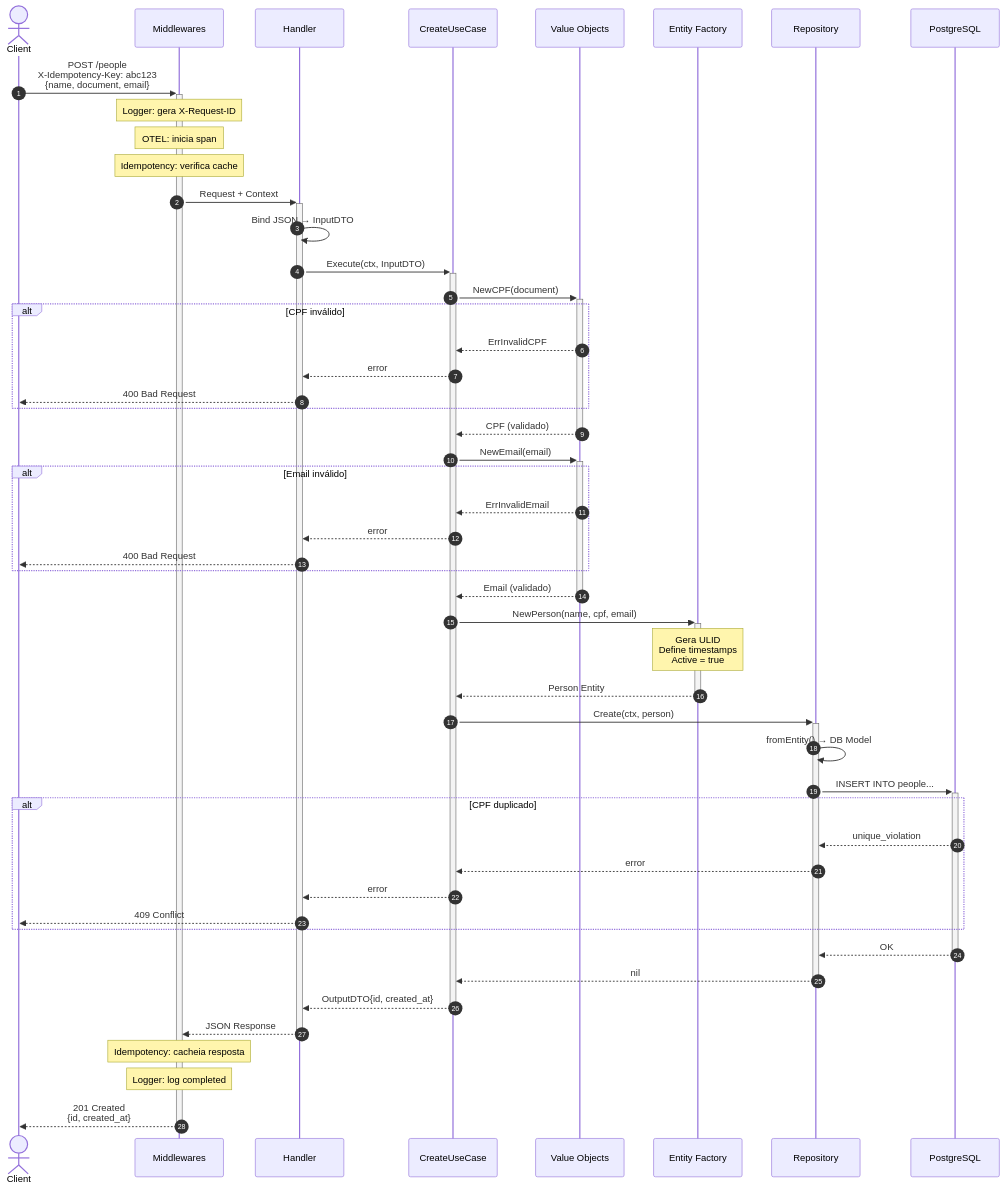
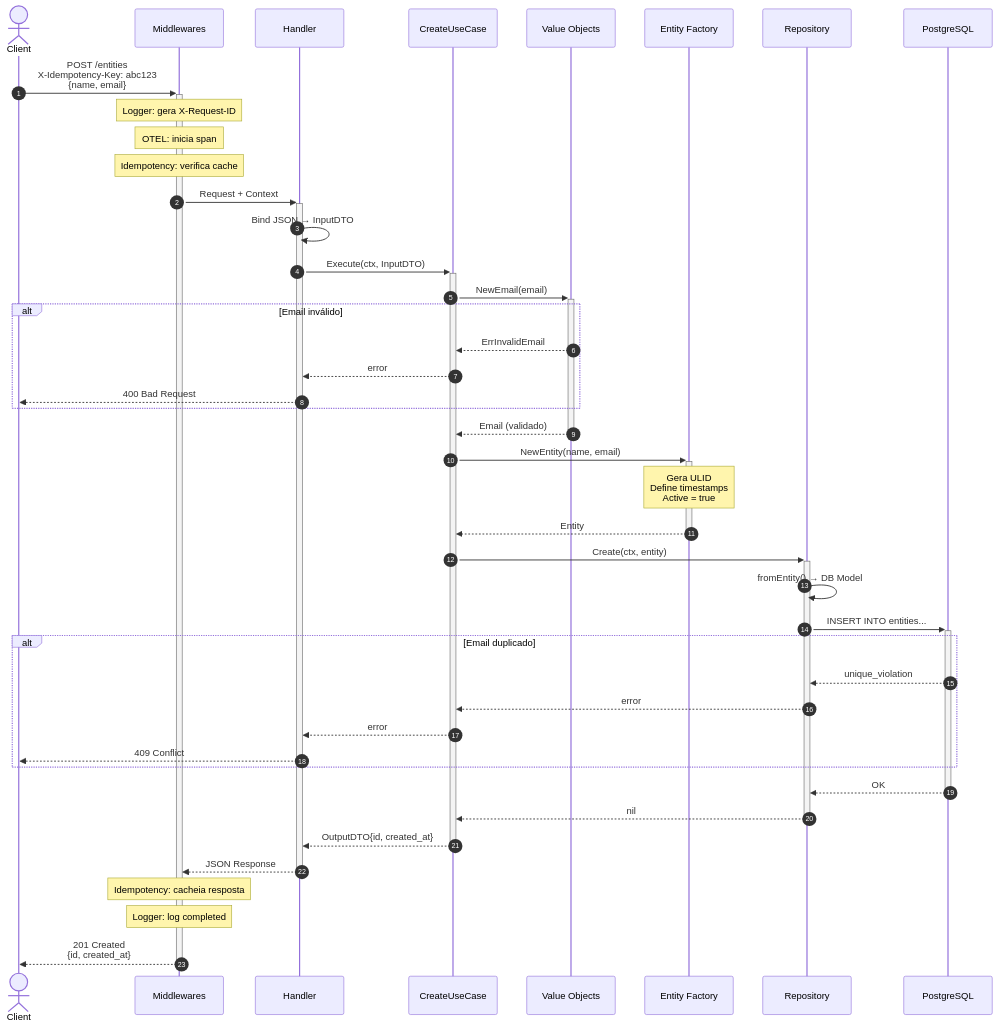
The third of 8 diagrams in docs/app/architecture.md (jrmarcello/gopherplate), drawn with Mermaid before and after one commit. The commit also changed other lines of this file, not shown here.

Commit message:
docs: update architecture diagram and description for entity domain

````diff
--- a/docs/app/architecture.md
+++ b/docs/app/architecture.md
@@ -134,63 +138,55 @@
 ```mermaid
 sequenceDiagram
     autonumber
     actor Client
     participant MW as Middlewares
     participant H as Handler
     participant UC as CreateUseCase
     participant VO as Value Objects
     participant E as Entity Factory
     participant R as Repository
     participant DB as PostgreSQL
 
-    Client->>+MW: POST /people<br/>X-Idempotency-Key: abc123<br/>{name, document, email}
+    Client->>+MW: POST /entities<br/>X-Idempotency-Key: abc123<br/>{name, email}
     
     Note over MW: Logger: gera X-Request-ID
     Note over MW: OTEL: inicia span
     Note over MW: Idempotency: verifica cache
     
     MW->>+H: Request + Context
 
     H->>H: Bind JSON → InputDTO
     H->>+UC: Execute(ctx, InputDTO)
 
-    UC->>+VO: NewCPF(document)
-    alt CPF inválido
-        VO-->>UC: ErrInvalidCPF
-        UC-->>H: error
-        H-->>Client: 400 Bad Request
-    end
-    VO-->>-UC: CPF (validado)
-
     UC->>+VO: NewEmail(email)
     alt Email inválido
         VO-->>UC: ErrInvalidEmail
         UC-->>H: error
         H-->>Client: 400 Bad Request
     end
     VO-->>-UC: Email (validado)
 
-    UC->>+E: NewPerson(name, cpf, email)
+    UC->>+E: NewEntity(name, email)
     Note over E: Gera ULID<br/>Define timestamps<br/>Active = true
-    E-->>-UC: Person Entity
+    E-->>-UC: Entity
 
-    UC->>+R: Create(ctx, person)
+    UC->>+R: Create(ctx, entity)
     R->>R: fromEntity() → DB Model
-    R->>+DB: INSERT INTO people...
-    alt CPF duplicado
+    R->>+DB: INSERT INTO entities...
+    alt Email duplicado
         DB-->>R: unique_violation
         R-->>UC: error
         UC-->>H: error
         H-->>Client: 409 Conflict
     end
     DB-->>-R: OK
     R-->>-UC: nil
 
     UC-->>-H: OutputDTO{id, created_at}
     H-->>-MW: JSON Response
 
     Note over MW: Idempotency: cacheia resposta
     Note over MW: Logger: log completed
 
     MW-->>-Client: 201 Created<br/>{id, created_at}
 ```
````
